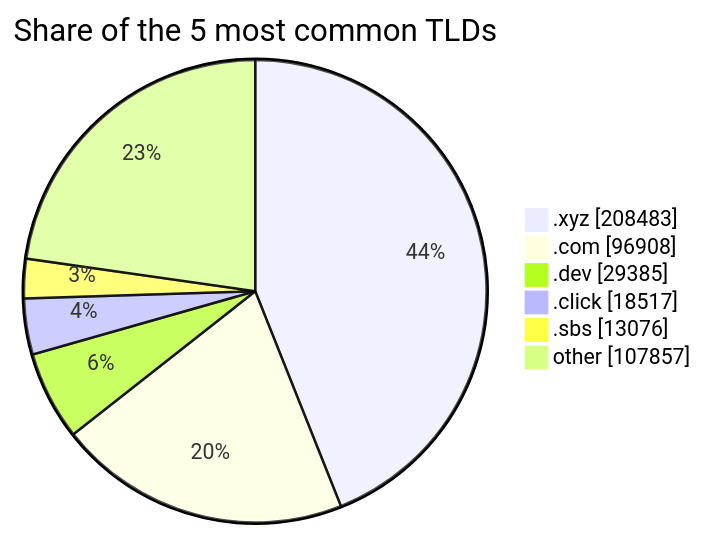
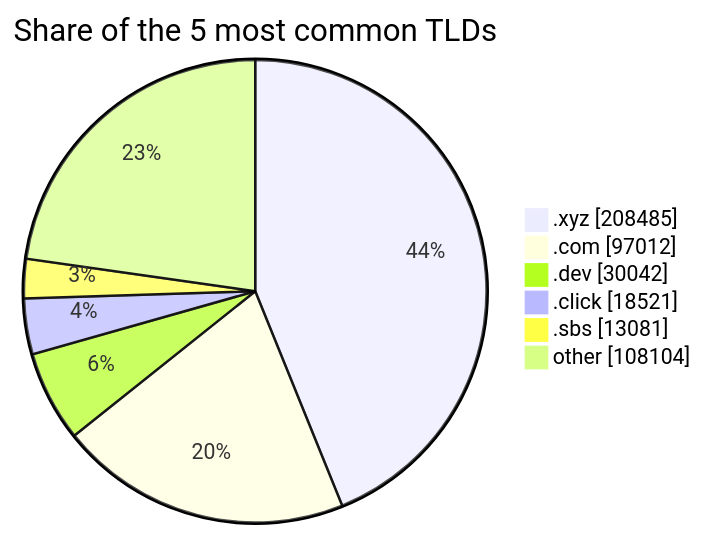
Before and after one commit to DNSBunker/CTI: the third of 3 diagrams in README.md, drawn with Mermaid. The commit also changed other lines of this file and 3 other files, not shown here.

````diff
--- a/README.md
+++ b/README.md
@@ -81,9 +81,9 @@
 ```mermaid
 pie showData title Share of the 5 most common TLDs
-    ".xyz" : 208483
-    ".com" : 96908
-    ".dev" : 29385
-    ".click" : 18517
-    ".sbs" : 13076
-    "other" : 107857
+    ".xyz" : 208485
+    ".com" : 97012
+    ".dev" : 30042
+    ".click" : 18521
+    ".sbs" : 13081
+    "other" : 108104
 ```
````
